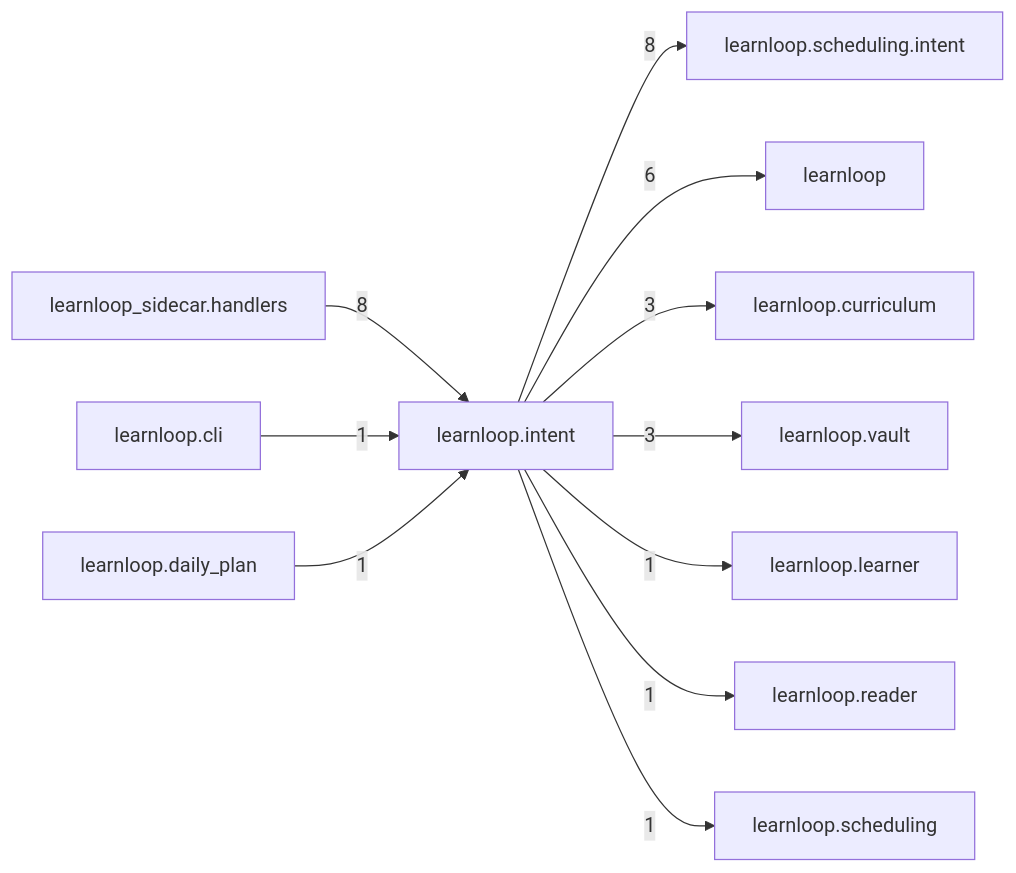
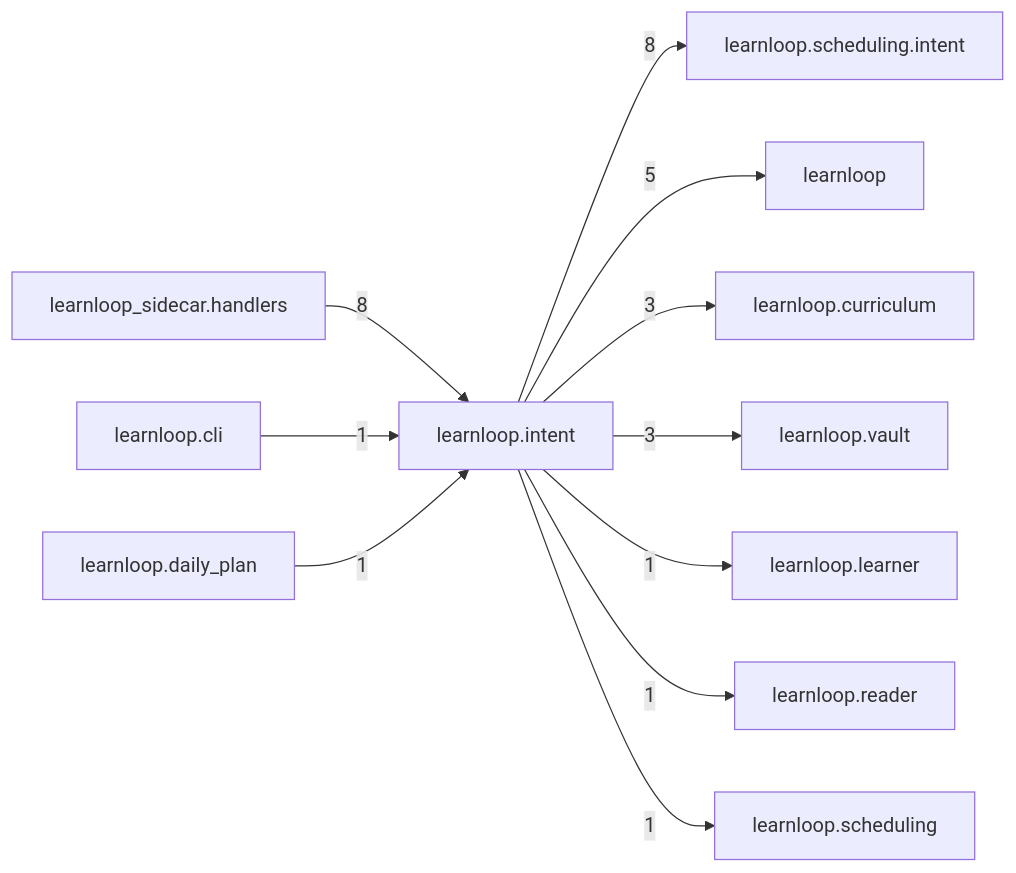
One commit to 6up-b/learnanything changed the diagram in docs/learnloop-architecture-vault/Reference/Modules/learnloop/intent/_package.md. Above: the diagram before and after it, drawn with Mermaid. The commit also changed other lines of this file and 108 other files, not shown here.

````diff
--- a/docs/learnloop-architecture-vault/Reference/Modules/learnloop/intent/_package.md
+++ b/docs/learnloop-architecture-vault/Reference/Modules/learnloop/intent/_package.md
@@ -78,24 +78,24 @@
 ```mermaid
 flowchart LR
     center["learnloop.intent"]
     n_learnloop_scheduling_intent["learnloop.scheduling.intent"]
     n_learnloop_sidecar_handlers["learnloop_sidecar.handlers"]
     n_learnloop["learnloop"]
     n_learnloop_curriculum["learnloop.curriculum"]
     n_learnloop_vault["learnloop.vault"]
     n_learnloop_cli["learnloop.cli"]
     n_learnloop_daily_plan["learnloop.daily_plan"]
     n_learnloop_learner["learnloop.learner"]
     n_learnloop_reader["learnloop.reader"]
     n_learnloop_scheduling["learnloop.scheduling"]
     center -->|8| n_learnloop_scheduling_intent
     n_learnloop_sidecar_handlers -->|8| center
-    center -->|6| n_learnloop
+    center -->|5| n_learnloop
     center -->|3| n_learnloop_curriculum
     center -->|3| n_learnloop_vault
     n_learnloop_cli -->|1| center
     n_learnloop_daily_plan -->|1| center
     center -->|1| n_learnloop_learner
     center -->|1| n_learnloop_reader
     center -->|1| n_learnloop_scheduling
 ```
````
